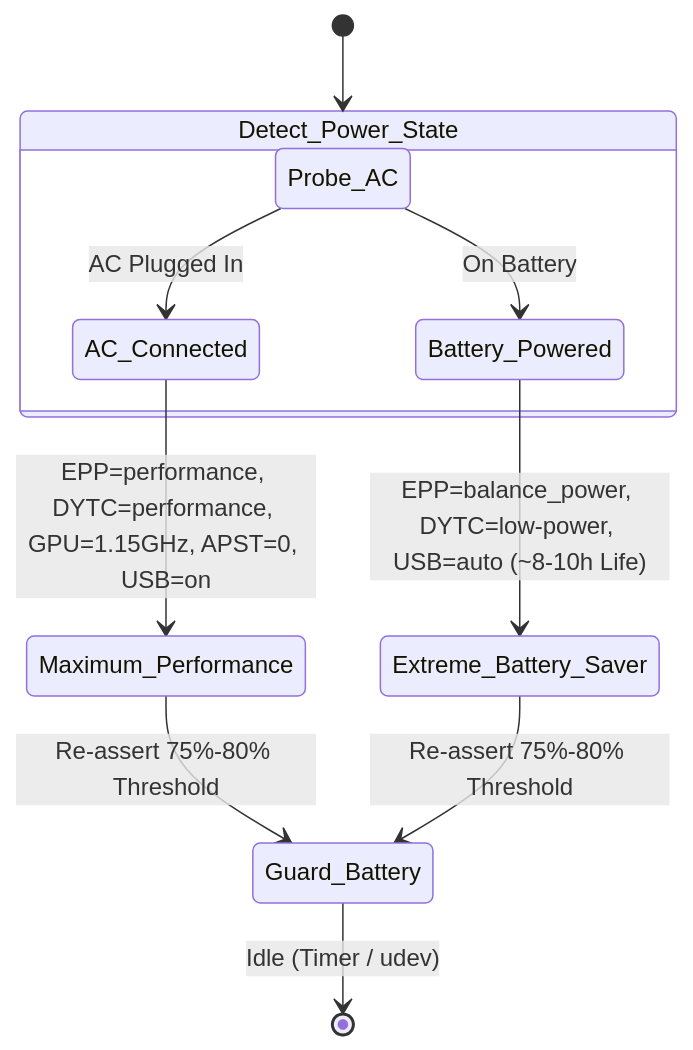
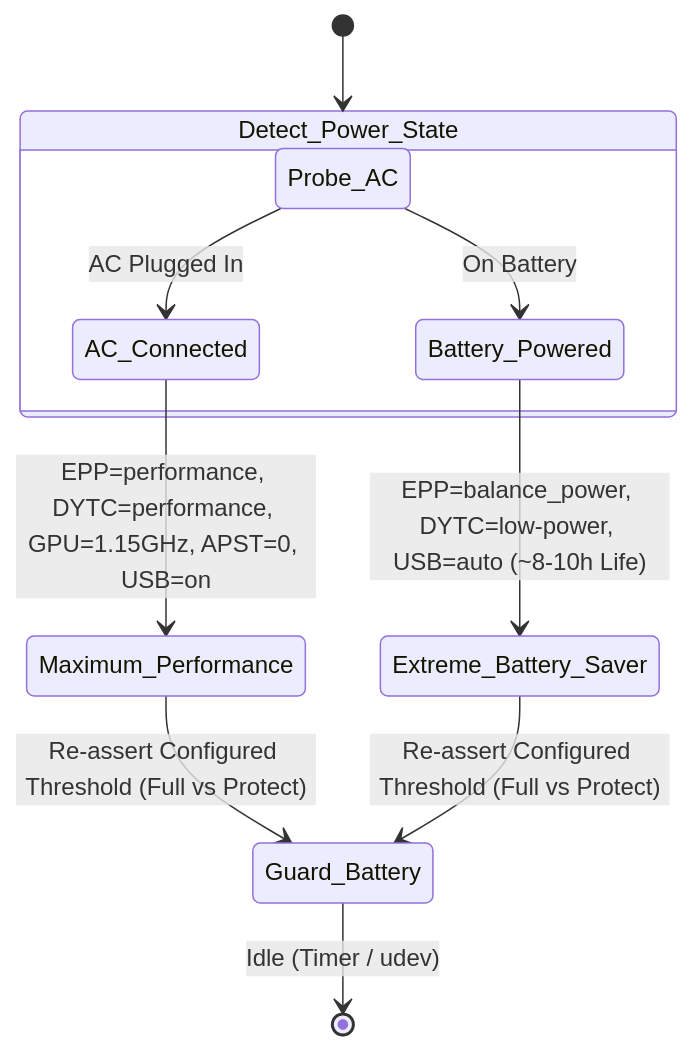
The diagram in devices/linux/lenovo-thinkpad-t490s/README.md (ShoumikBalaSomu/Device-Base-Optimization), drawn with Mermaid before and after one commit. The commit also changed other lines of this file and 6 other files, not shown here.

````diff
--- a/devices/linux/lenovo-thinkpad-t490s/README.md
+++ b/devices/linux/lenovo-thinkpad-t490s/README.md
@@ -70,14 +70,14 @@
 ```mermaid
 stateDiagram-v2
     [*] --> Detect_Power_State
     state Detect_Power_State {
         direction LR
         Probe_AC --> AC_Connected: AC Plugged In
         Probe_AC --> Battery_Powered: On Battery
     }
     AC_Connected --> Maximum_Performance: EPP=performance, DYTC=performance, GPU=1.15GHz, APST=0, USB=on
     Battery_Powered --> Extreme_Battery_Saver: EPP=balance_power, DYTC=low-power, USB=auto (~8-10h Life)
-    Maximum_Performance --> Guard_Battery: Re-assert 75%-80% Threshold
-    Extreme_Battery_Saver --> Guard_Battery: Re-assert 75%-80% Threshold
+    Maximum_Performance --> Guard_Battery: Re-assert Configured Threshold (Full vs Protect)
+    Extreme_Battery_Saver --> Guard_Battery: Re-assert Configured Threshold (Full vs Protect)
     Guard_Battery --> [*]: Idle (Timer / udev)
 ```
````
